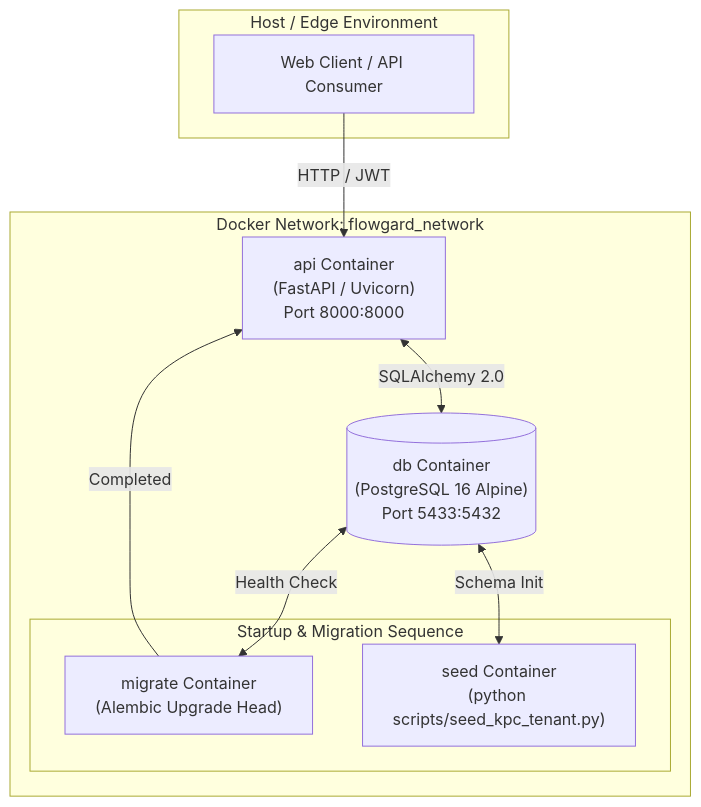
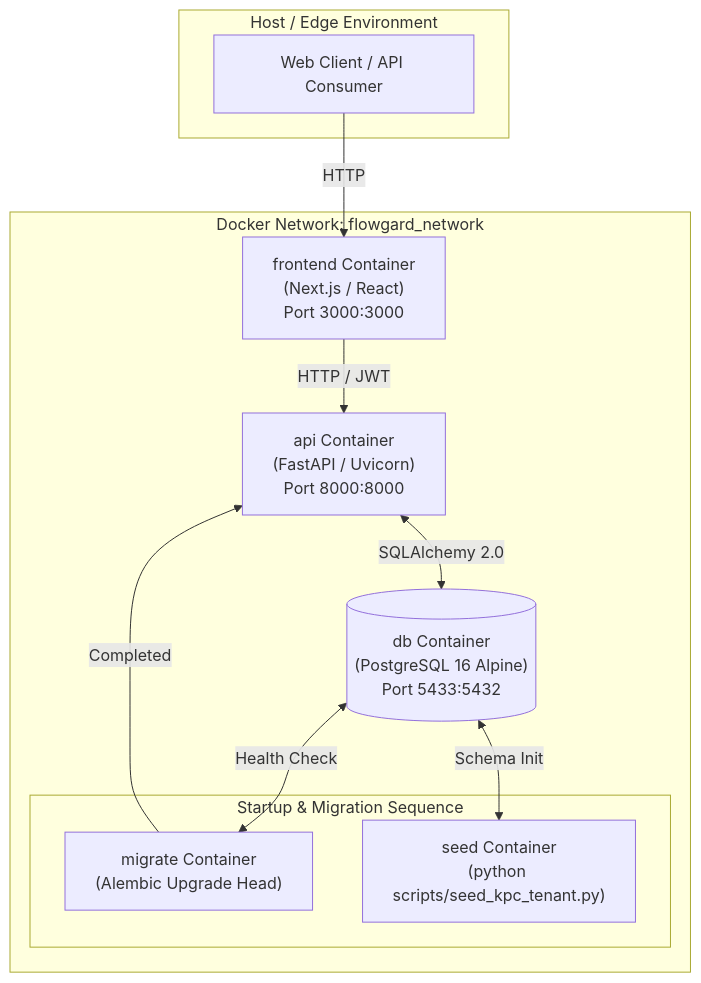
Before and after one commit to Obunde/Flowguard_Backend: the fourth of 4 diagrams in README.md, drawn with Mermaid. The commit also changed other lines of this file, not shown here.

Commit message:
docs: update system layout and docker instructions for next.js frontend

````diff
--- a/README.md
+++ b/README.md
@@ -243,23 +249,25 @@
 ```mermaid
 flowchart TB
     subgraph Host / Edge Environment
         Client["Web Client / API Consumer"]
     end
 
     subgraph Docker Network: flowgard_network
         DB[("db Container\n(PostgreSQL 16 Alpine)\nPort 5433:5432")]
         
         subgraph Startup & Migration Sequence
             Migrate["migrate Container\n(Alembic Upgrade Head)"]
             Seed["seed Container\n(python scripts/seed_kpc_tenant.py)"]
         end
 
         API["api Container\n(FastAPI / Uvicorn)\nPort 8000:8000"]
+        Frontend["frontend Container\n(Next.js / React)\nPort 3000:3000"]
     end
 
-    Client -->|HTTP / JWT| API
+    Client -->|HTTP| Frontend
+    Frontend -->|HTTP / JWT| API
     DB <-->|Health Check| Migrate
     Migrate -->|Completed| API
     DB <-->|Schema Init| Seed
     API <-->|SQLAlchemy 2.0| DB
 ```
````
